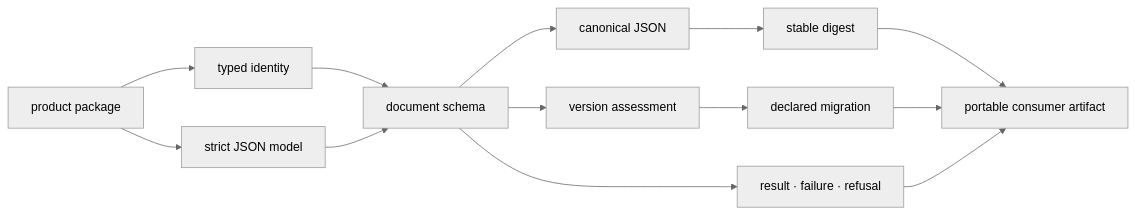
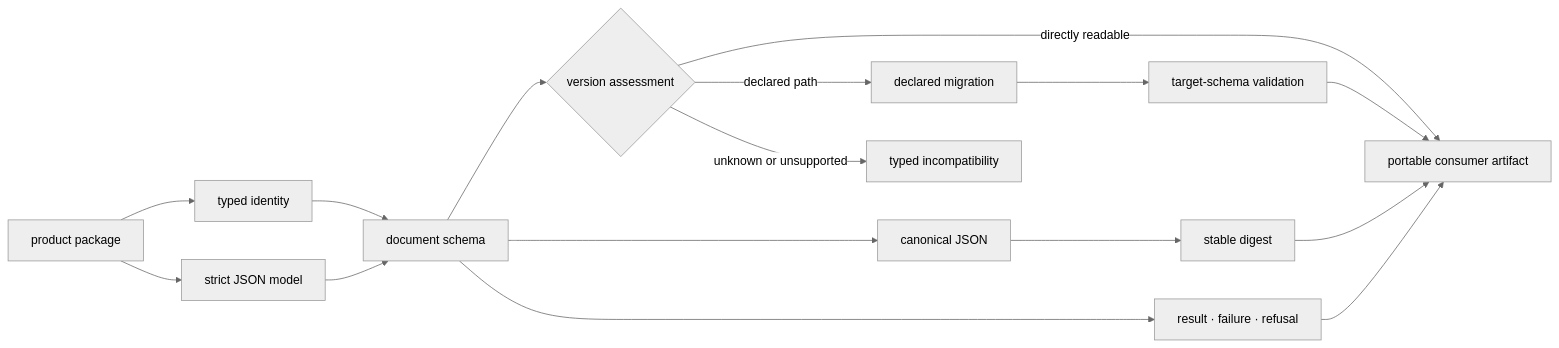
Before and after one commit to bijux/bijux-proteomics: the first of 5 diagrams in docs/03-bijux-proteomics-foundation/index.md, drawn with Mermaid (neutral theme). The commit also changed other lines of this file and 1 other file, not shown here.

````diff
--- a/docs/03-bijux-proteomics-foundation/index.md
+++ b/docs/03-bijux-proteomics-foundation/index.md
@@ -23,15 +23,18 @@
 ```mermaid
 flowchart LR
     producer["product package"] --> identity["typed identity"]
     producer --> model["strict JSON model"]
     identity --> document["document schema"]
     model --> document
     document --> canonical["canonical JSON"]
     canonical --> digest["stable digest"]
-    document --> compatibility["version assessment"]
-    compatibility --> migration["declared migration"]
+    document --> compatibility{"version assessment"}
+    compatibility -->|directly readable| consumer["portable consumer artifact"]
+    compatibility -->|declared path| migration["declared migration"]
+    migration --> validate["target-schema validation"]
+    validate --> consumer
+    compatibility -->|unknown or unsupported| incompatible["typed incompatibility"]
     document --> outcome["result · failure · refusal"]
-    digest --> consumer["portable consumer artifact"]
-    migration --> consumer
+    digest --> consumer
     outcome --> consumer
 ```
````
